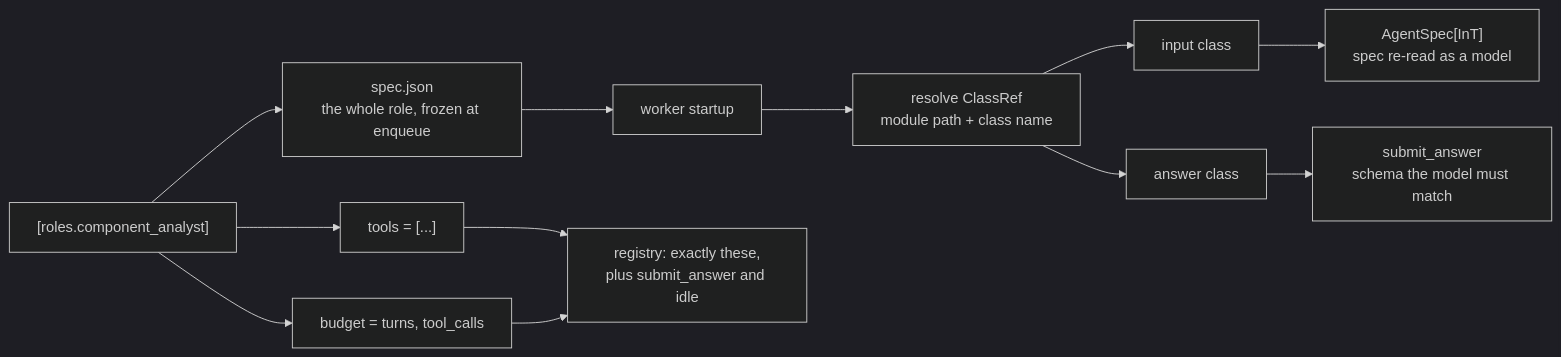
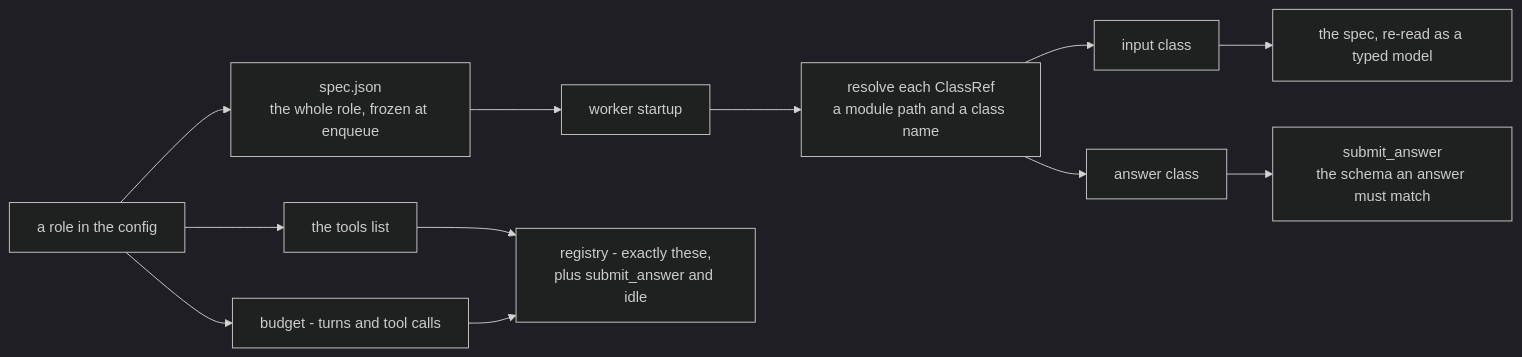
Before and after one commit to avishek-sen-gupta/ancalagon: the third of 7 diagrams in README.md, drawn with Mermaid (dark theme). The commit also changed other lines of this file, not shown here.

````diff
--- a/README.md
+++ b/README.md
@@ -110,14 +110,14 @@
 ```mermaid
 flowchart LR
-    role["[roles.component_analyst]"] --> spec["spec.json<br/>the whole role, frozen at enqueue"]
+    role["a role in the config"] --> spec["spec.json<br/>the whole role, frozen at enqueue"]
     spec --> worker["worker startup"]
-    worker --> resolve["resolve ClassRef<br/>module path + class name"]
+    worker --> resolve["resolve each ClassRef<br/>a module path and a class name"]
     resolve --> inc["input class"]
     resolve --> outc["answer class"]
-    inc --> agentspec["AgentSpec[InT]<br/>spec re-read as a model"]
-    outc --> submit["submit_answer<br/>schema the model must match"]
-    role --> tl["tools = [...]"]
-    tl --> registry["registry: exactly these,<br/>plus submit_answer and idle"]
-    role --> b["budget = turns, tool_calls"]
+    inc --> agentspec["the spec, re-read as a typed model"]
+    outc --> submit["submit_answer<br/>the schema an answer must match"]
+    role --> tl["the tools list"]
+    tl --> registry["registry - exactly these,<br/>plus submit_answer and idle"]
+    role --> b["budget - turns and tool calls"]
     b --> registry
 ```
````
